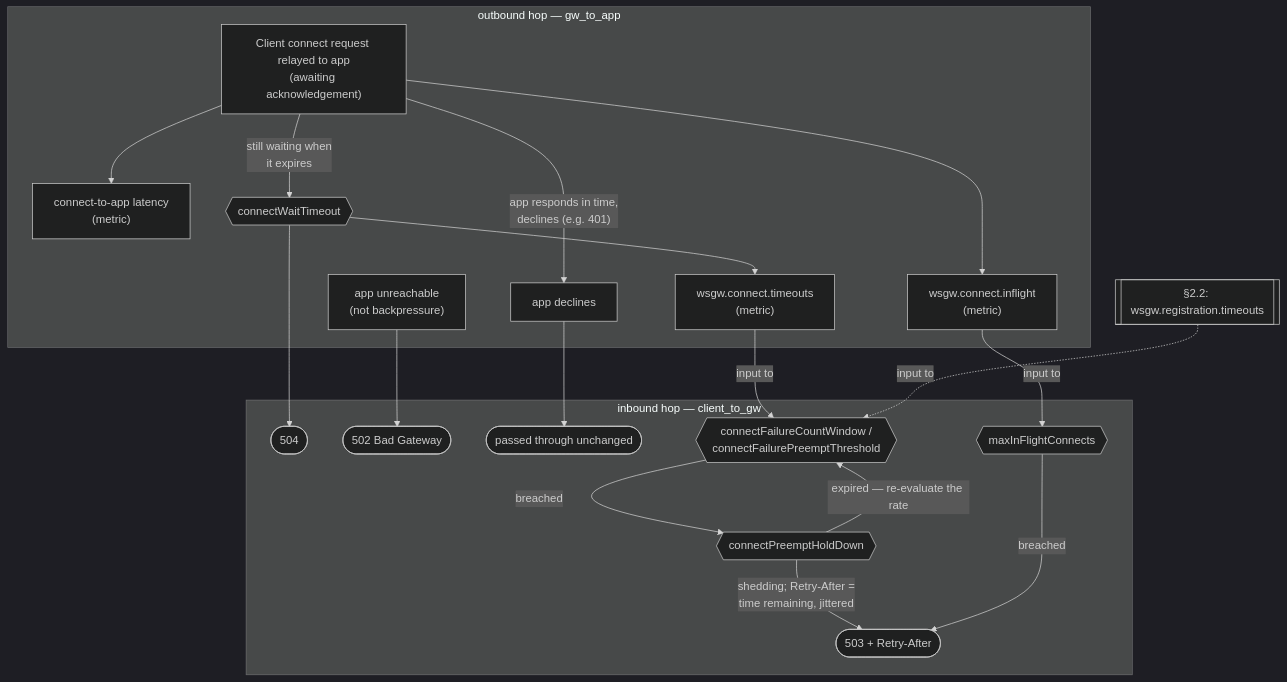
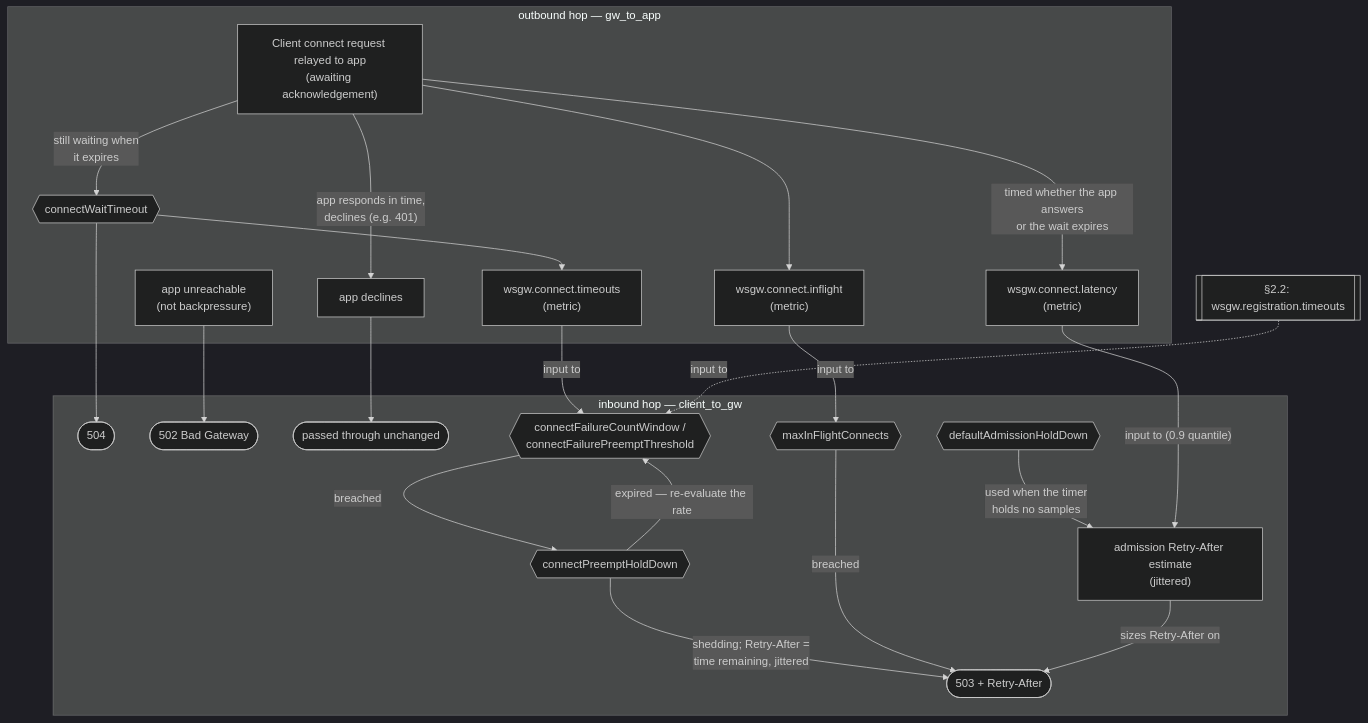
Before and after one commit to pdkovacs/wsgw-jakarta: the third of 4 diagrams in docs/backpressure.md, drawn with Mermaid (dark theme). The commit also changed other lines of this file and 5 other files, not shown here.

````diff
--- a/docs/backpressure.md
+++ b/docs/backpressure.md
@@ -447,33 +492,38 @@
 ```mermaid
 flowchart TD
     subgraph inbound["inbound hop — client_to_gw"]
         Sig504(["504"])
         Sig502(["502 Bad Gateway"])
         SigPass(["passed through unchanged"])
         KnobMaxInFlight{{"maxInFlightConnects"}}
         KnobPreempt{{"connectFailureCountWindow /\nconnectFailurePreemptThreshold"}}
         KnobHoldDown{{"connectPreemptHoldDown"}}
+        KnobDefaultHoldDown{{"defaultAdmissionHoldDown"}}
+        AdmissionWait["admission Retry-After estimate\n(jittered)"]
         Sig503(["503 + Retry-After"])
         KnobPreempt -->|"breached"| KnobHoldDown
         KnobHoldDown -->|"expired — re-evaluate the rate"| KnobPreempt
         KnobHoldDown -->|"shedding; Retry-After =\ntime remaining, jittered"| Sig503
         KnobMaxInFlight -->|"breached"| Sig503
+        KnobDefaultHoldDown -->|"used when the timer\nholds no samples"| AdmissionWait
+        AdmissionWait -->|"sizes Retry-After on"| Sig503
     end
 
     subgraph outbound["outbound hop — gw_to_app"]
         C0["Client connect request relayed to app\n(awaiting acknowledgement)"]
         C0 --> MetricInFlight["wsgw.connect.inflight\n(metric)"]
-        C0 --> MetricLatency["connect-to-app latency\n(metric)"]
+        C0 -->|"timed whether the app answers\nor the wait expires"| MetricLatency["wsgw.connect.latency\n(metric)"]
         C0 -->|"still waiting when\nit expires"| KnobTimeout{{"connectWaitTimeout"}}
         KnobTimeout --> MetricTimeoutCount["wsgw.connect.timeouts\n(metric)"]
         C0 -->|"app responds in time,\ndeclines (e.g. 401)"| AppDeclined["app declines"]
         AppUnreachable["app unreachable\n(not backpressure)"]
     end
 
     MetricInFlight -->|"input to"| KnobMaxInFlight
+    MetricLatency -->|"input to (0.9 quantile)"| AdmissionWait
     MetricTimeoutCount -->|"input to"| KnobPreempt
     ExtTerm[["§2.2: wsgw.registration.timeouts"]] -.->|"input to"| KnobPreempt
     KnobTimeout --> Sig504
     AppDeclined --> SigPass
     AppUnreachable --> Sig502
 ```
````
